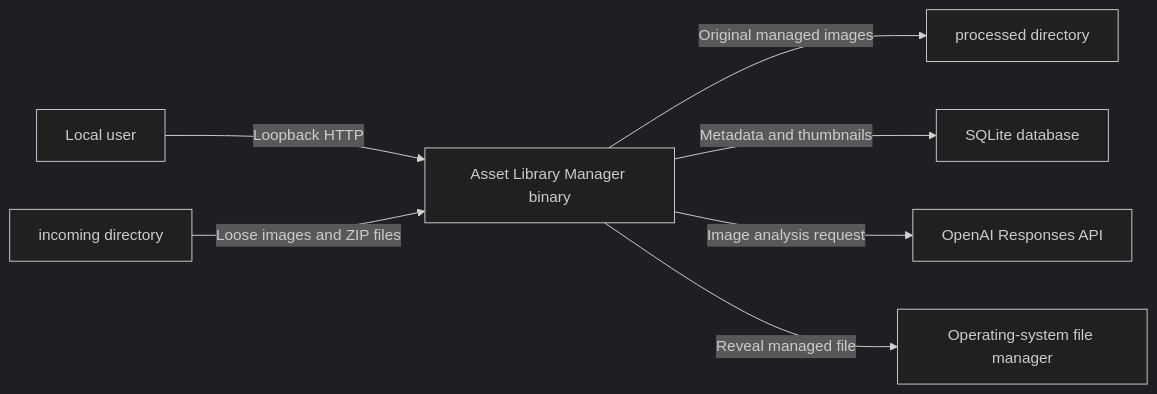
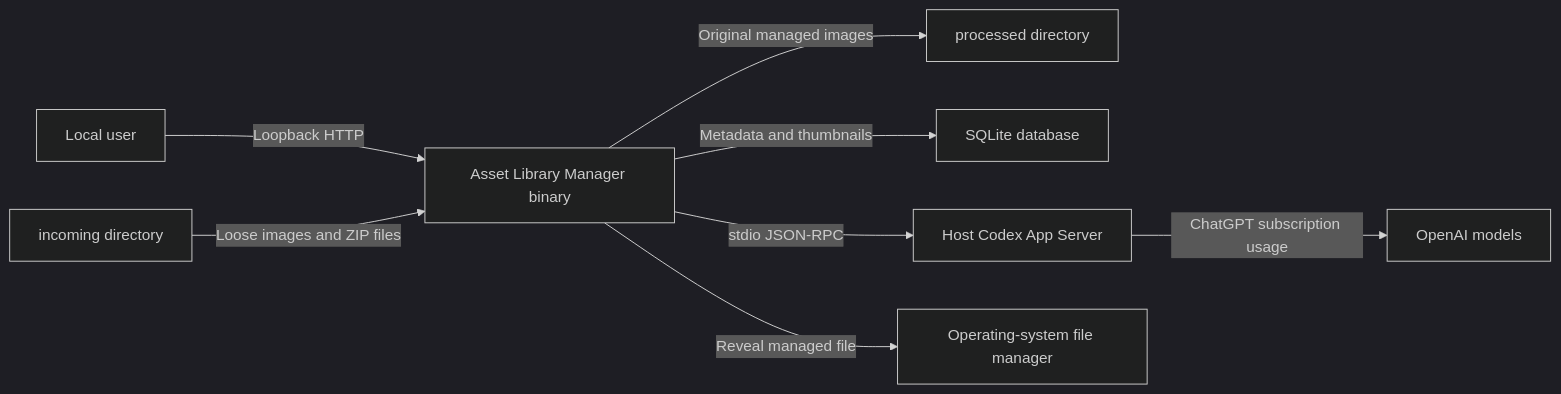
Before and after one commit to dfcut8/assets-library-manager: the first of 4 diagrams in docs/software-design-document.md, drawn with Mermaid (dark theme). The commit also changed other lines of this file and 15 other files, not shown here.

Commit message:
Add Codex subscription preflight (#5)

````diff
--- a/docs/software-design-document.md
+++ b/docs/software-design-document.md
@@ -67,9 +68,10 @@
 ```mermaid
 flowchart LR
     User["Local user"] -->|"Loopback HTTP"| App["Asset Library Manager binary"]
     Incoming["incoming directory"] -->|"Loose images and ZIP files"| App
     App -->|"Original managed images"| Processed["processed directory"]
     App -->|"Metadata and thumbnails"| DB["SQLite database"]
-    App -->|"Image analysis request"| OpenAI["OpenAI Responses API"]
+    App -->|"stdio JSON-RPC"| Codex["Host Codex App Server"]
+    Codex -->|"ChatGPT subscription usage"| OpenAI["OpenAI models"]
     App -->|"Reveal managed file"| FileManager["Operating-system file manager"]
 ```
````
